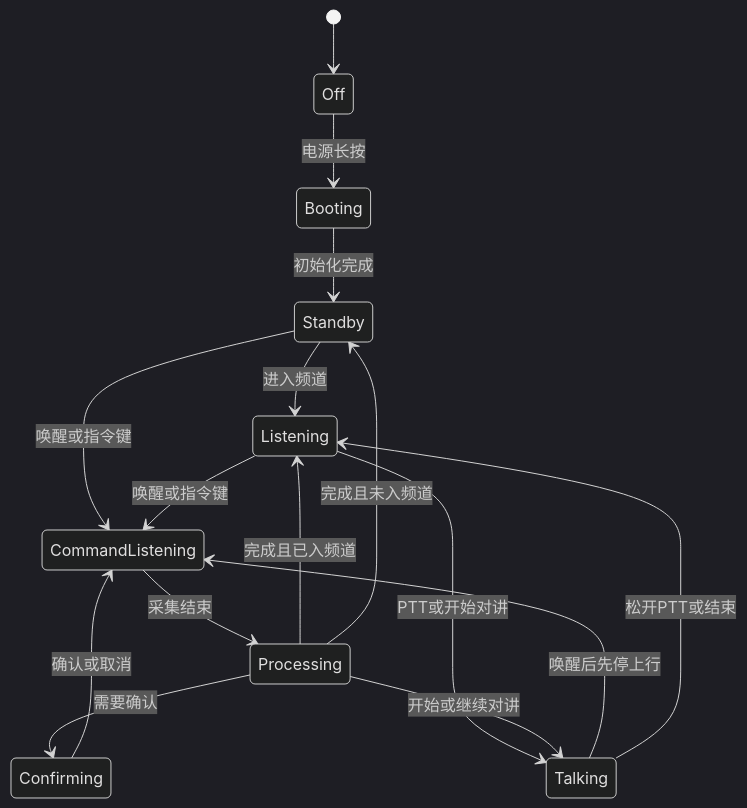
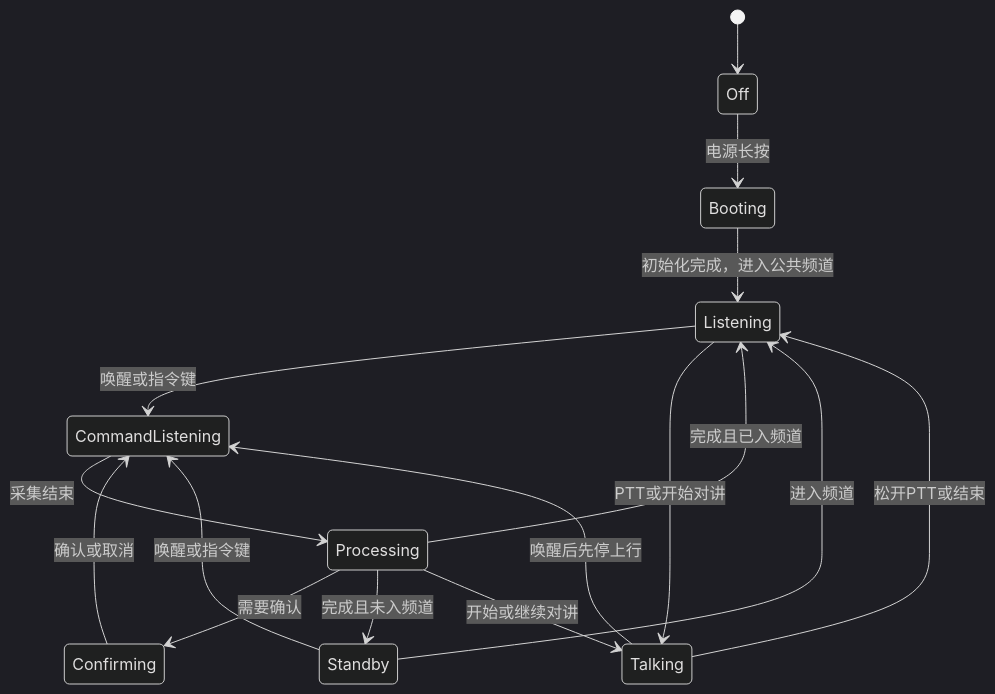
The second of 3 diagrams in docs/technical-design.md (AdairZeng/fleet-ptt), drawn with Mermaid (dark theme) before and after one commit. The commit also changed other lines of this file and 52 other files, not shown here.

````diff
--- a/docs/technical-design.md
+++ b/docs/technical-design.md
@@ -133,18 +147,18 @@
 ```mermaid
 stateDiagram-v2
   [*] --> Off
   Off --> Booting: 电源长按
-  Booting --> Standby: 初始化完成
+  Booting --> Listening: 初始化完成，进入公共频道
   Standby --> Listening: 进入频道
   Standby --> CommandListening: 唤醒或指令键
   Listening --> CommandListening: 唤醒或指令键
   Listening --> Talking: PTT或开始对讲
   Talking --> CommandListening: 唤醒后先停上行
   Talking --> Listening: 松开PTT或结束
   CommandListening --> Processing: 采集结束
   Processing --> Confirming: 需要确认
   Confirming --> CommandListening: 确认或取消
   Processing --> Listening: 完成且已入频道
   Processing --> Standby: 完成且未入频道
   Processing --> Talking: 开始或继续对讲
 ```
````
